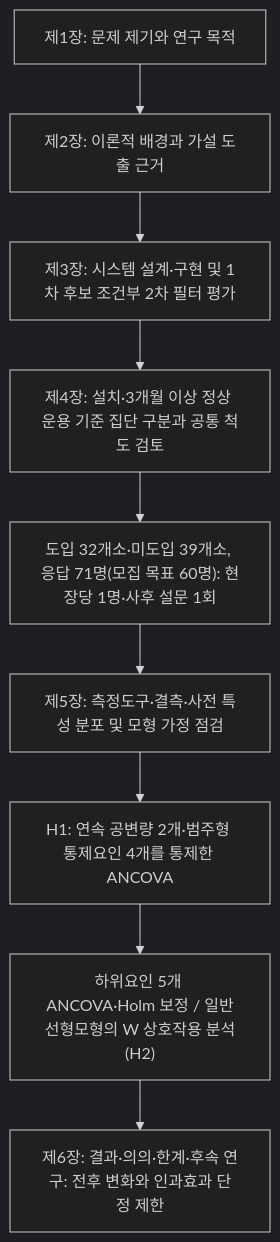
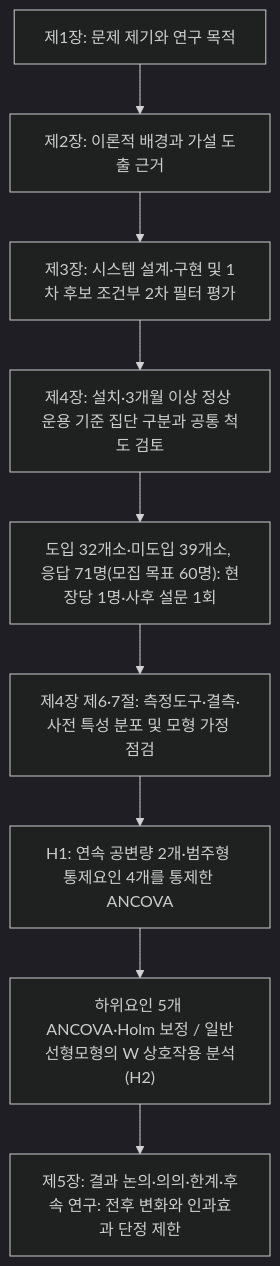
The diagram in 01.docs/01_서론.md (yoonhyuk12/ggthesis), drawn with Mermaid (dark theme) before and after one commit. The commit also changed other lines of this file and 28 other files, not shown here.

````diff
--- a/01.docs/01_서론.md
+++ b/01.docs/01_서론.md
@@ -76,11 +75,11 @@
 ```mermaid
 flowchart TD
   A1["제1장: 문제 제기와 연구 목적"] --> A2["제2장: 이론적 배경과 가설 도출 근거"]
   A2 --> B["제3장: 시스템 설계·구현 및 1차 후보 조건부 2차 필터 평가"]
   B --> C["제4장: 설치·3개월 이상 정상 운용 기준 집단 구분과 공통 척도 검토"]
   C --> D["도입 32개소·미도입 39개소, 응답 71명(모집 목표 60명): 현장당 1명·사후 설문 1회"]
-  D --> E["제5장: 측정도구·결측·사전 특성 분포 및 모형 가정 점검"]
+  D --> E["제4장 제6·7절: 측정도구·결측·사전 특성 분포 및 모형 가정 점검"]
   E --> F["H1: 연속 공변량 2개·범주형 통제요인 4개를 통제한 ANCOVA"]
   F --> G["하위요인 5개 ANCOVA·Holm 보정 / 일반선형모형의 W 상호작용 분석(H2)"]
-  G --> H["제6장: 결과·의의·한계·후속 연구: 전후 변화와 인과효과 단정 제한"]
+  G --> H["제5장: 결과 논의·의의·한계·후속 연구: 전후 변화와 인과효과 단정 제한"]
 ```
````
